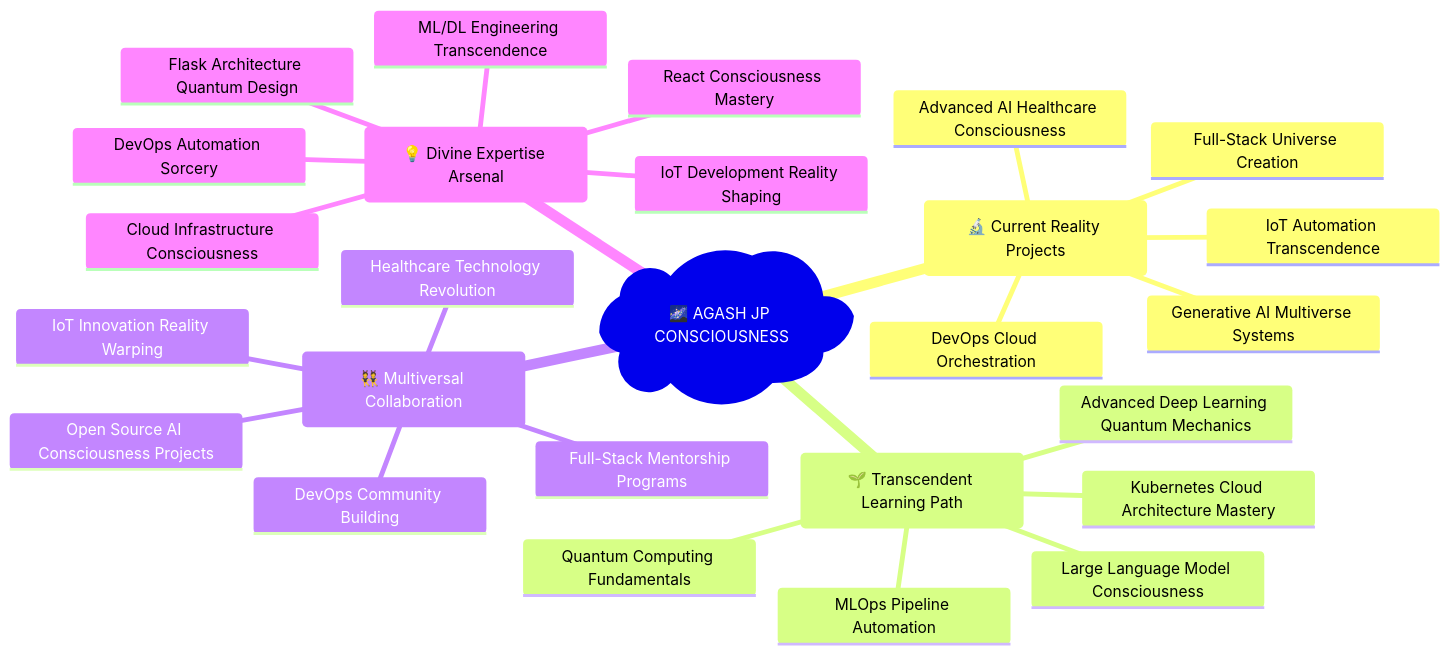
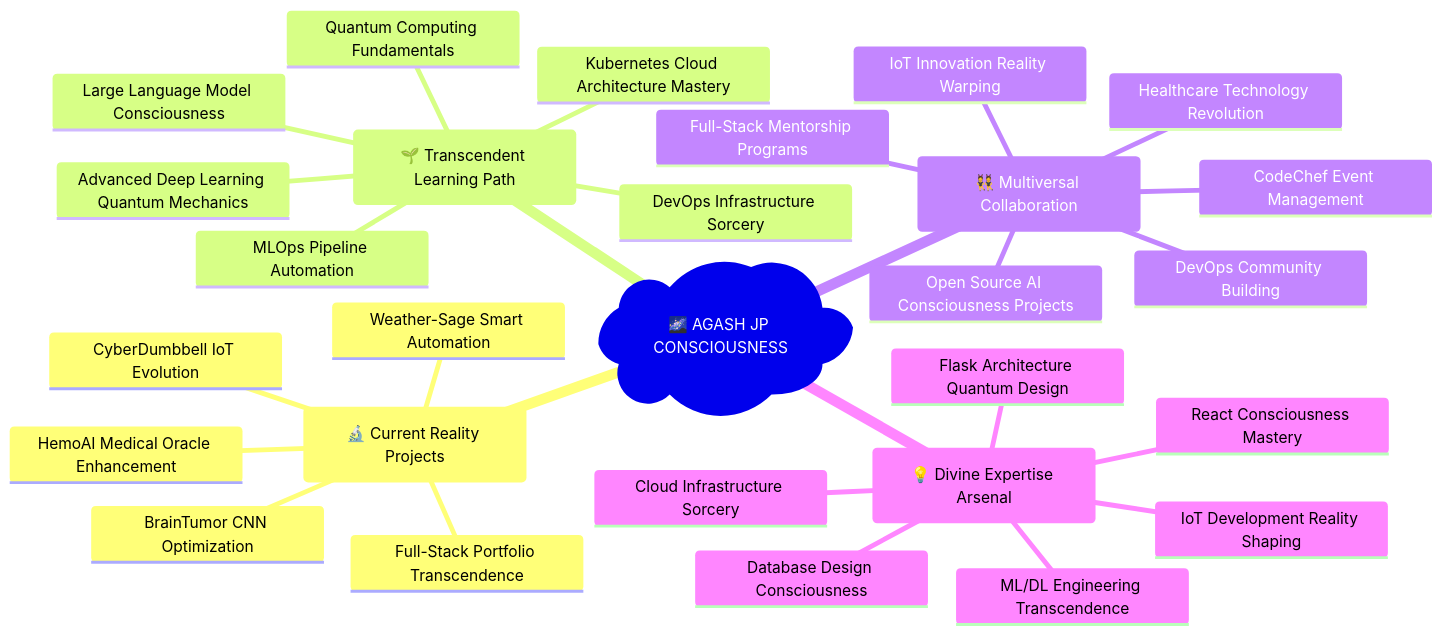
The first of 2 diagrams in README.md (JusCookin/JusCookin), drawn with Mermaid before and after one commit. The commit also changed other lines of this file, not shown here.

````diff
--- a/README.md
+++ b/README.md
@@ -435,29 +522,31 @@
 ```mermaid
 mindmap
   root)🌌 AGASH JP CONSCIOUSNESS(
     (🔬 Current Reality Projects)
-      Advanced AI Healthcare Consciousness
-      Generative AI Multiverse Systems
-      IoT Automation Transcendence
-      DevOps Cloud Orchestration
-      Full-Stack Universe Creation
+      HemoAI Medical Oracle Enhancement
+      CyberDumbbell IoT Evolution
+      Weather-Sage Smart Automation
+      BrainTumor CNN Optimization
+      Full-Stack Portfolio Transcendence
     (🌱 Transcendent Learning Path)
       Large Language Model Consciousness
       Advanced Deep Learning Quantum Mechanics
       Kubernetes Cloud Architecture Mastery
       MLOps Pipeline Automation
       Quantum Computing Fundamentals
+      DevOps Infrastructure Sorcery
     (👯 Multiversal Collaboration)
       Open Source AI Consciousness Projects
       IoT Innovation Reality Warping
       Healthcare Technology Revolution
       DevOps Community Building
       Full-Stack Mentorship Programs
+      CodeChef Event Management
     (💡 Divine Expertise Arsenal)
       React Consciousness Mastery
       Flask Architecture Quantum Design
       ML/DL Engineering Transcendence
       IoT Development Reality Shaping
-      DevOps Automation Sorcery
-      Cloud Infrastructure Consciousness
+      Database Design Consciousness
+      Cloud Infrastructure Sorcery
 ```
````
